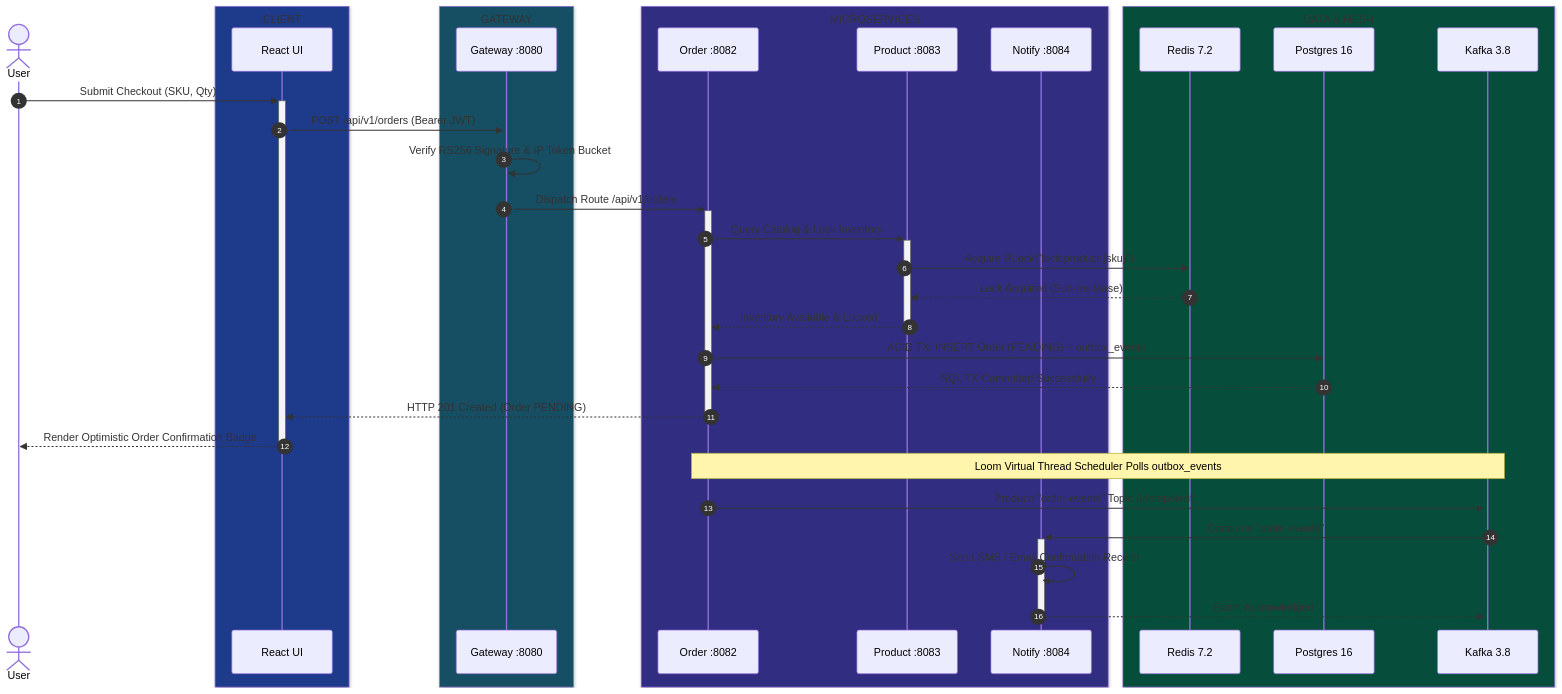
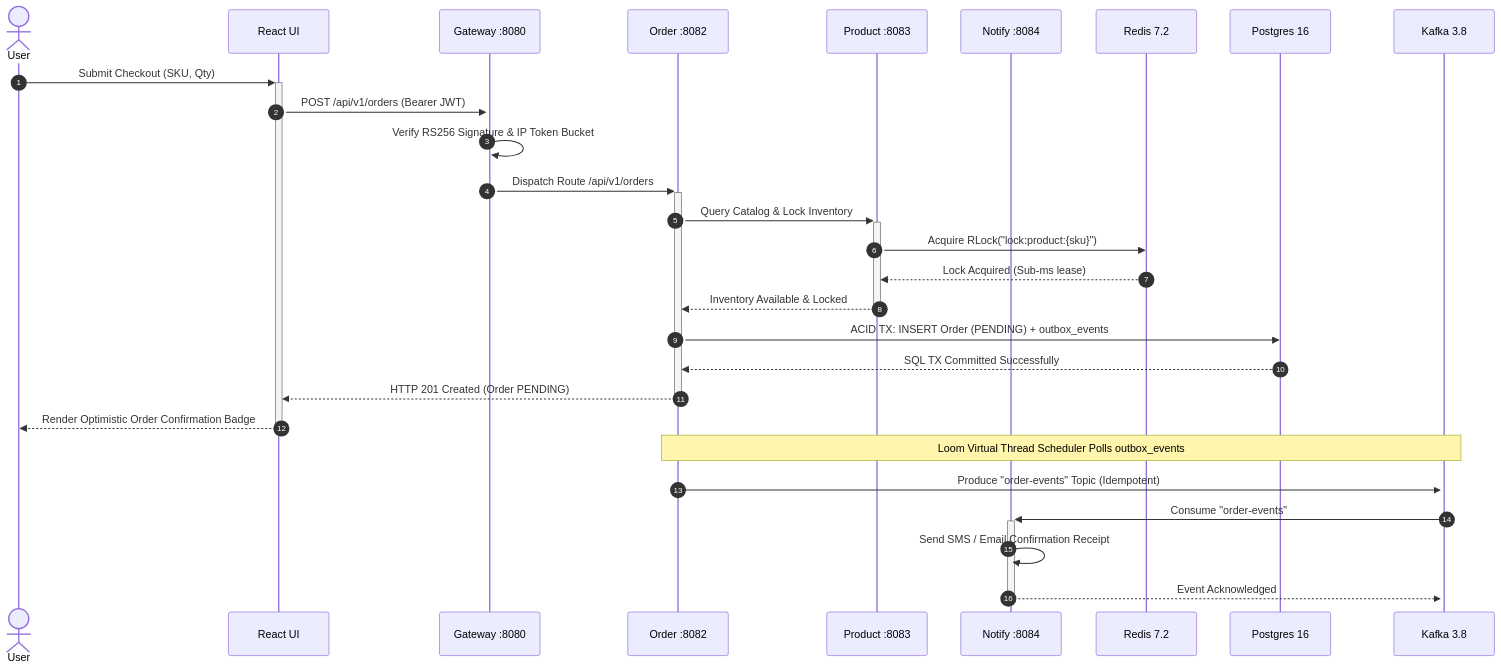
One commit to Aaseya120/Java_21_ReactJs_FullStack changed the second of 4 diagrams in README.md. Above: the diagram before and after it, drawn with Mermaid. The commit also changed other lines of this file, not shown here.

````diff
--- a/README.md
+++ b/README.md
@@ -126,43 +115,31 @@
 ```mermaid
 sequenceDiagram
     autonumber
-    actor User as User
-    
-    box rgb(30, 58, 138) CLIENT
+    actor User
     participant UI as React UI
-    end
-    
-    box rgb(22, 78, 99) GATEWAY
     participant GW as Gateway :8080
-    end
-    
-    box rgb(49, 46, 129) MICROSERVICES
     participant OS as Order :8082
     participant PS as Product :8083
     participant NS as Notify :8084
-    end
-    
-    box rgb(6, 78, 59) DATA & MESH
     participant RD as Redis 7.2
     participant DB as Postgres 16
     participant KF as Kafka 3.8
-    end
 
     User->>+UI: Submit Checkout (SKU, Qty)
     UI->>+GW: POST /api/v1/orders (Bearer JWT)
     GW->>GW: Verify RS256 Signature & IP Token Bucket
     GW->>+OS: Dispatch Route /api/v1/orders
     OS->>+PS: Query Catalog & Lock Inventory
     PS->>RD: Acquire RLock("lock:product:{sku}")
     RD-->>PS: Lock Acquired (Sub-ms lease)
     PS-->>-OS: Inventory Available & Locked
     OS->>DB: ACID TX: INSERT Order (PENDING) + outbox_events
     DB-->>OS: SQL TX Committed Successfully
     OS-->>-UI: HTTP 201 Created (Order PENDING)
     UI-->>-User: Render Optimistic Order Confirmation Badge
     Note over OS,KF: Loom Virtual Thread Scheduler Polls outbox_events
     OS->>+KF: Produce "order-events" Topic (Idempotent)
     KF->>+NS: Consume "order-events"
     NS->>NS: Send SMS / Email Confirmation Receipt
     NS-->>-KF: Event Acknowledged
 ```
````
